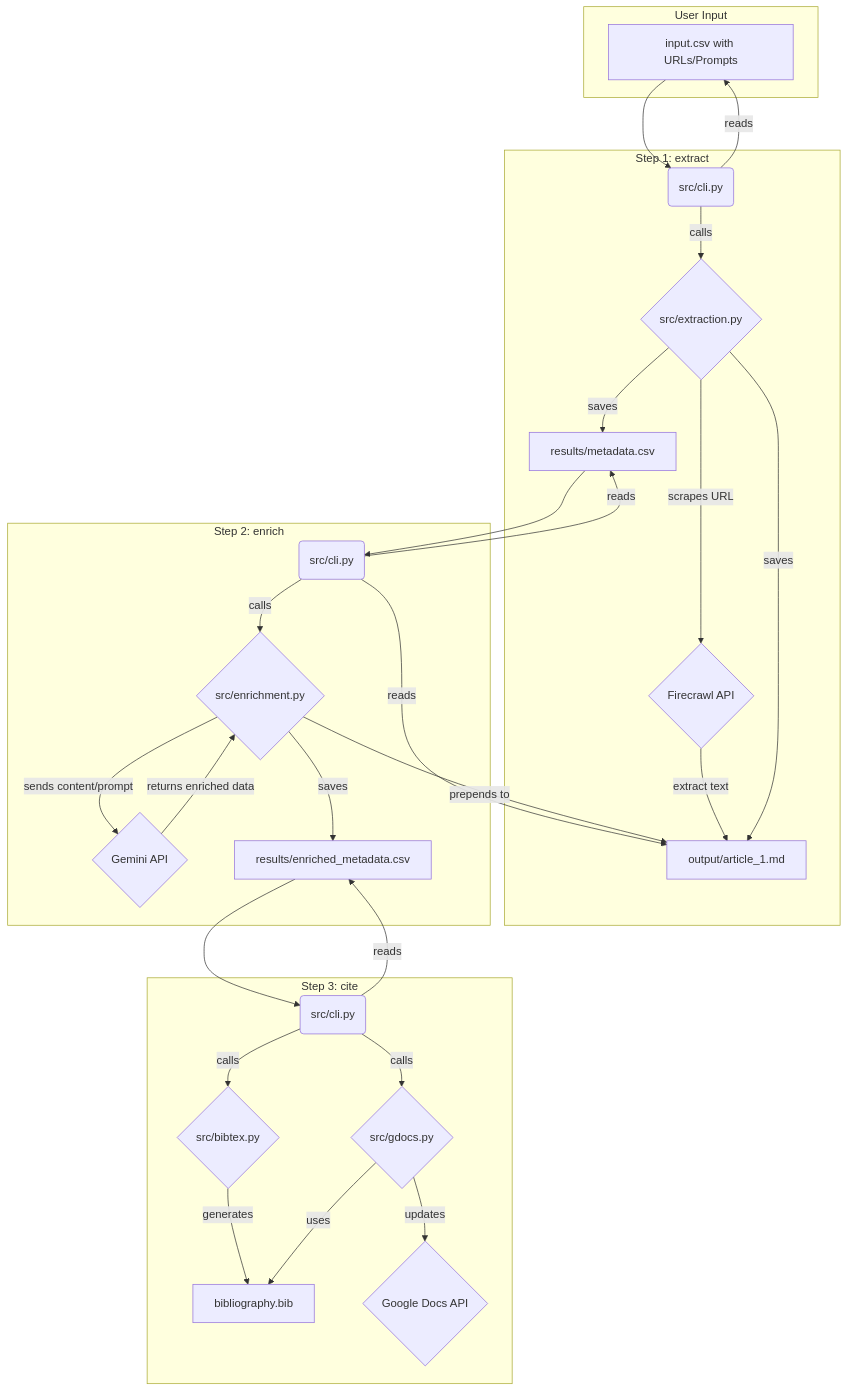
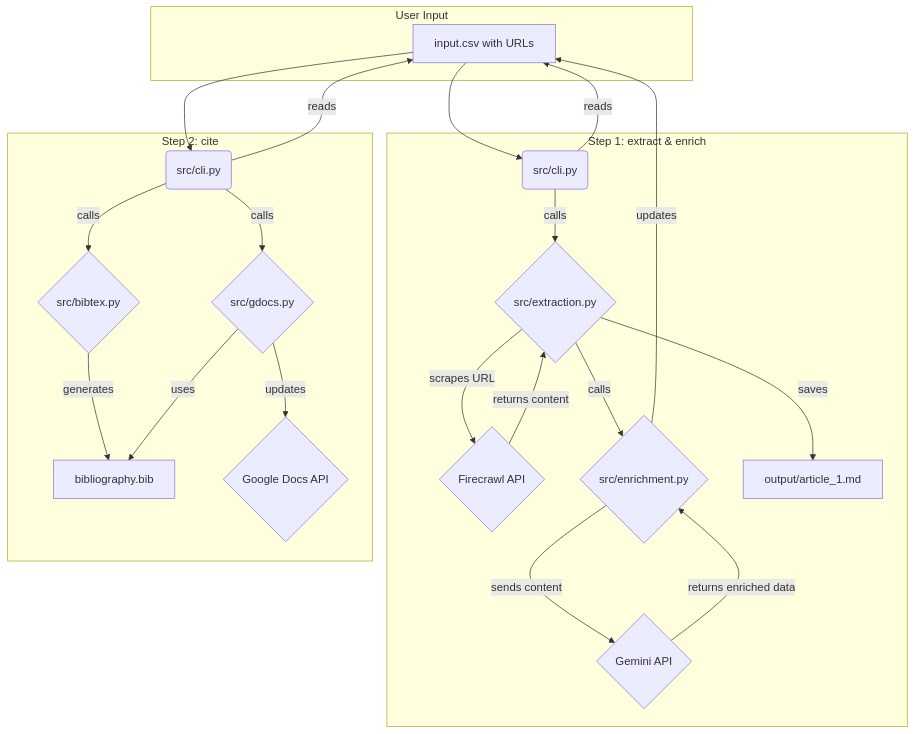
Before and after one commit to complexluise/citecrawl: the diagram in PRD.md, drawn with Mermaid. The commit also changed other lines of this file, not shown here.

Commit message:
docs(prd): :memo: Update user stories and architecture

````diff
--- a/PRD.md
+++ b/PRD.md
@@ -64,38 +63,30 @@
 ```mermaid
 graph TD
     subgraph User Input
-        A[input.csv with URLs/Prompts]
+        A[input.csv with URLs]
     end
 
-    subgraph "Step 1: extract"
+    subgraph "Step 1: extract & enrich"
         B(src/cli.py) -- reads --> A
         B -- calls --> C{src/extraction.py}
         C -- scrapes URL --> D{Firecrawl API}
-        D -- extract text --> E[output/article_1.md]
+        D -- returns content --> C
+        C -- calls --> H{src/enrichment.py}
+        H -- sends content --> I{Gemini API}
+        I -- returns enriched data --> H
+        H -- updates --> A
         C -- saves --> E[output/article_1.md]
-        C -- saves --> F[results/metadata.csv]
     end
 
-    subgraph "Step 2: enrich"
-        G(src/cli.py) -- reads --> F
-        G -- reads --> E
-        G -- calls --> H{src/enrichment.py}
-        H -- sends content/prompt --> I{Gemini API}
-        I -- returns enriched data --> H
-        H -- prepends to --> E
-        H -- saves --> J[results/enriched_metadata.csv]
-    end
-
-    subgraph "Step 3: cite"
-        K(src/cli.py) -- reads --> J
+    subgraph "Step 2: cite"
+        K(src/cli.py) -- reads --> A
         K -- calls --> L{src/bibtex.py}
         L -- generates --> M[bibliography.bib]
         K -- calls --> N{src/gdocs.py}
         N -- uses --> M
         N -- updates --> O{Google Docs API}
     end
 
     A --> B
-    F --> G
-    J --> K
+    A --> K
 ```
````
